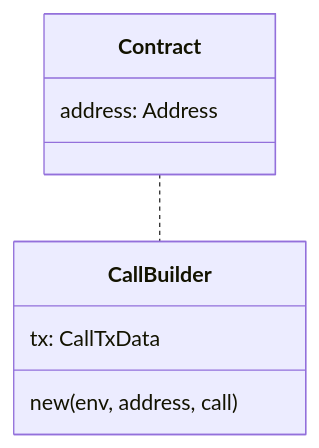
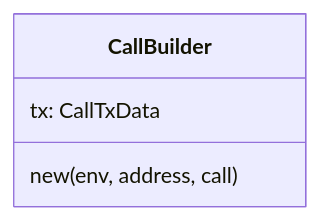
The third of 3 diagrams in README.md (vlayer-xyz/vlayer), drawn with Mermaid before and after one commit. The commit also changed other lines of this file, not shown here.

Commit message:
Remove Contract from README

````diff
--- a/README.md
+++ b/README.md
@@ -188,16 +184,10 @@
 ```mermaid
 classDiagram
-
-Contract..CallBuilder
-
-class Contract {
-    address: Address
-}
 
 class CallBuilder {
     tx: CallTxData
     new(env, address, call)
 }
 
 
 ```
````
